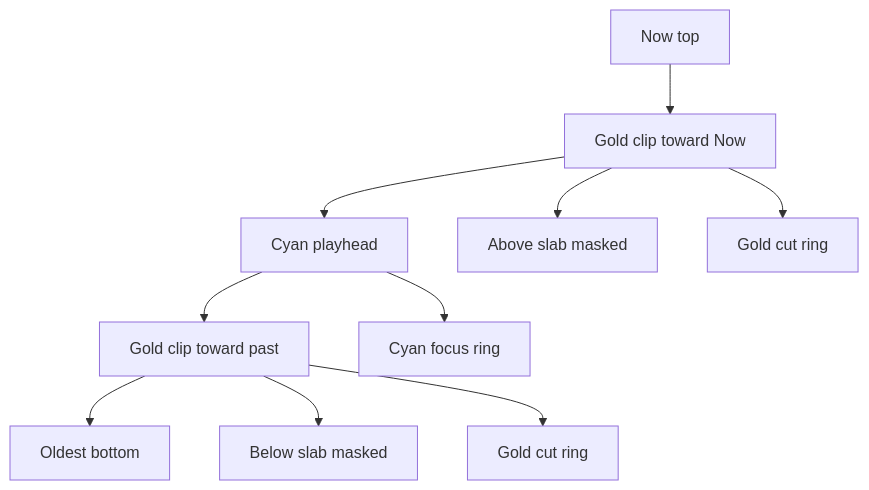
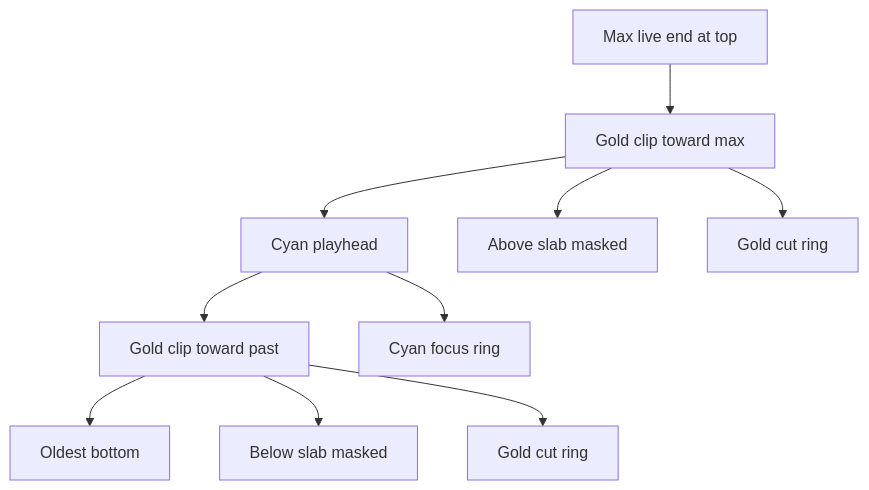
Before and after one commit to PiMaV/DONNER: diagram 12 of 15 in docs/gui.md, drawn with Mermaid. The commit also changed other lines of this file and 26 other files, not shown here.

````diff
--- a/docs/gui.md
+++ b/docs/gui.md
@@ -394,17 +428,17 @@
 ```mermaid
 flowchart TB
-  now[Now top]
-  hi[Gold clip toward Now]
+  now[Max live end at top]
+  hi[Gold clip toward max]
   foc[Cyan playhead]
   lo[Gold clip toward past]
   past[Oldest bottom]
   now --> hi
   hi --> foc
   foc --> lo
   lo --> past
   foc --> plane[Cyan focus ring]
   hi --> hideHi[Above slab masked]
   lo --> hideLo[Below slab masked]
   hi --> ringHi[Gold cut ring]
   lo --> ringLo[Gold cut ring]
 ```
````
